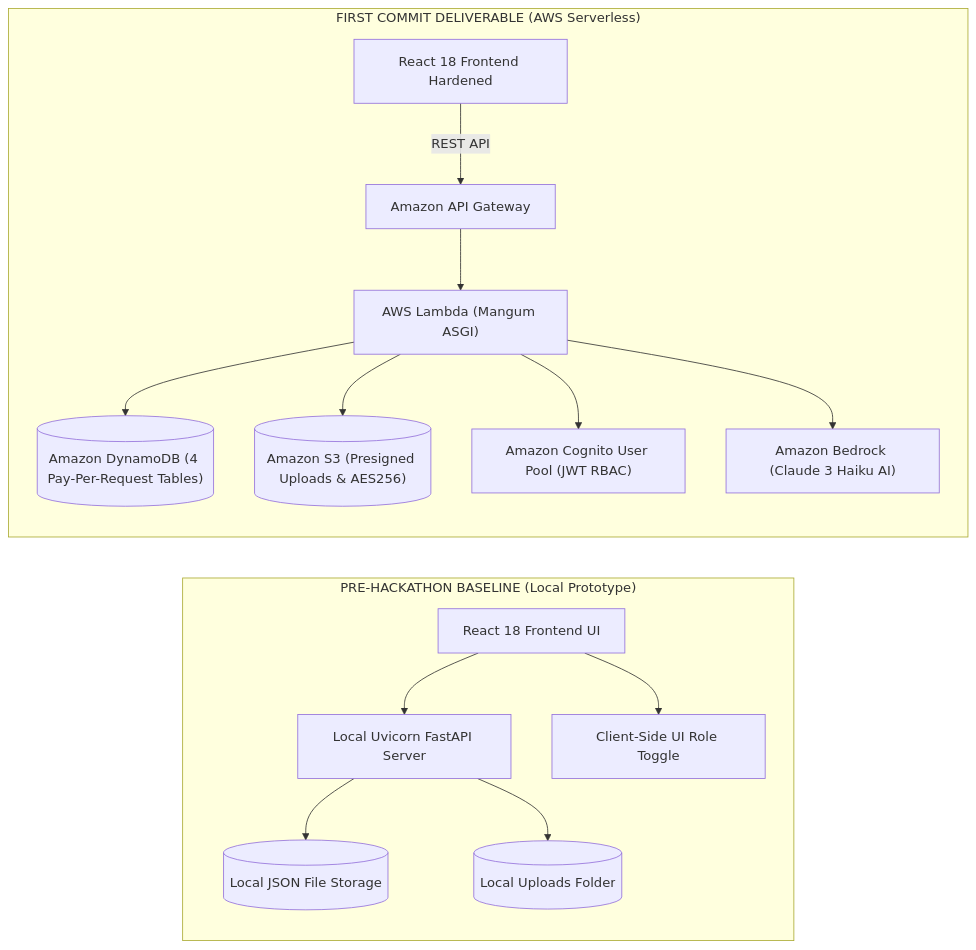
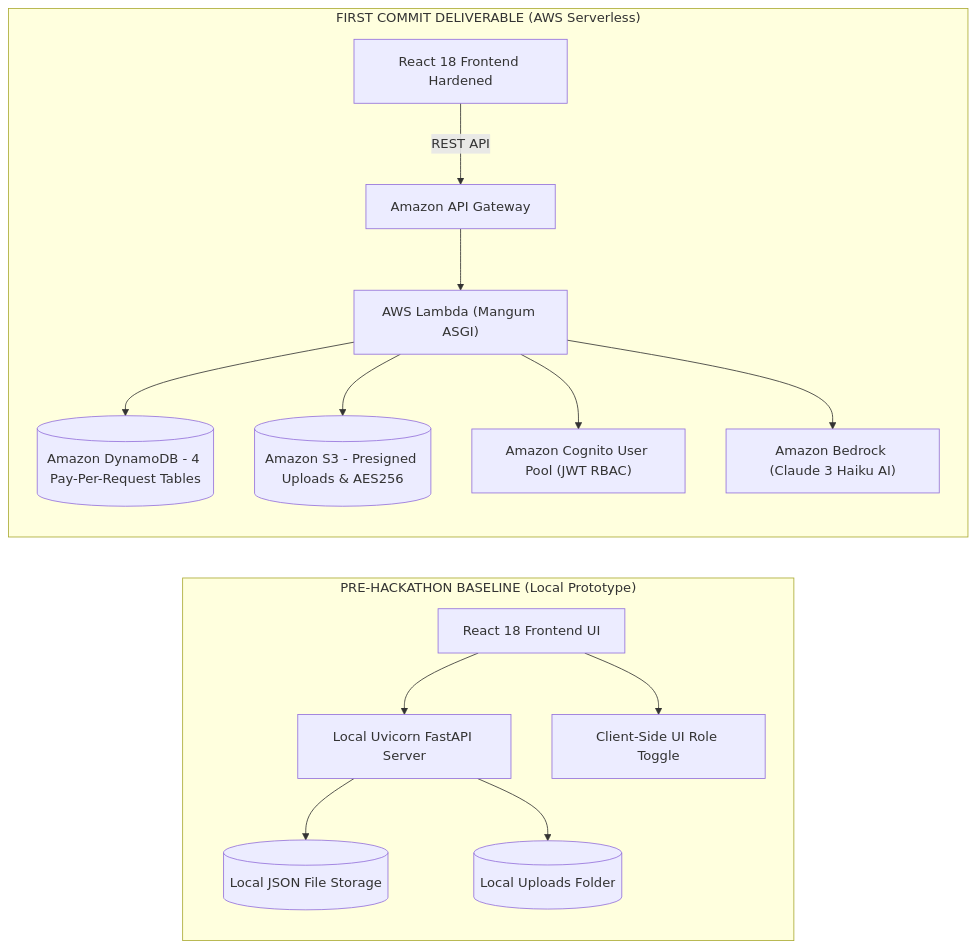
The diagram in HACKATHON_BASELINE.md (Hritik983567-Art/NERIS), drawn with Mermaid before and after one commit. The commit also changed 7 other files, not shown here.

Commit message:
fix(docs): resolve parse error in Bedrock workflow Mermaid diagram by quoting pipe labels and sanitizing cylinder nodes

````diff
--- a/HACKATHON_BASELINE.md
+++ b/HACKATHON_BASELINE.md
@@ -23,34 +23,34 @@
 ```mermaid
 flowchart LR
     subgraph PreHackathon["PRE-HACKATHON BASELINE (Local Prototype)"]
         direction TB
         ClientOld["React 18 Frontend UI"]
         ServerOld["Local Uvicorn FastAPI Server"]
         FileOld[("Local JSON File Storage")]
         MediaOld[("Local Uploads Folder")]
         AuthOld["Client-Side UI Role Toggle"]
         
         ClientOld --> ServerOld
         ServerOld --> FileOld
         ServerOld --> MediaOld
         ClientOld --> AuthOld
     end
 
     subgraph FirstCommit["FIRST COMMIT DELIVERABLE (AWS Serverless)"]
         direction TB
         ClientNew["React 18 Frontend Hardened"]
         ApiGw["Amazon API Gateway"]
         LambdaNew["AWS Lambda (Mangum ASGI)"]
-        DynamoNew[("Amazon DynamoDB (4 Pay-Per-Request Tables)")]
-        S3New[("Amazon S3 (Presigned Uploads & AES256)")]
+        DynamoNew[("Amazon DynamoDB - 4 Pay-Per-Request Tables")]
+        S3New[("Amazon S3 - Presigned Uploads & AES256")]
         CognitoNew["Amazon Cognito User Pool (JWT RBAC)"]
         BedrockNew["Amazon Bedrock (Claude 3 Haiku AI)"]
 
         ClientNew -->|"REST API"| ApiGw
         ApiGw --> LambdaNew
         LambdaNew --> DynamoNew
         LambdaNew --> S3New
         LambdaNew --> CognitoNew
         LambdaNew --> BedrockNew
     end
 ```
````
